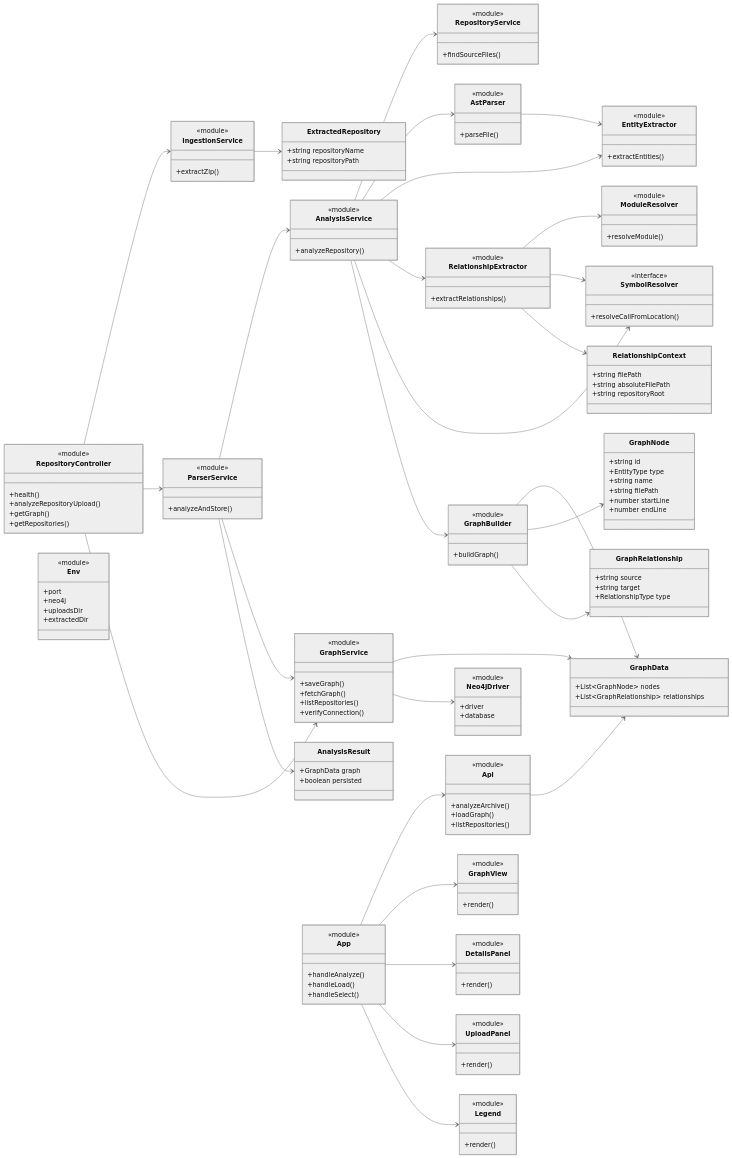
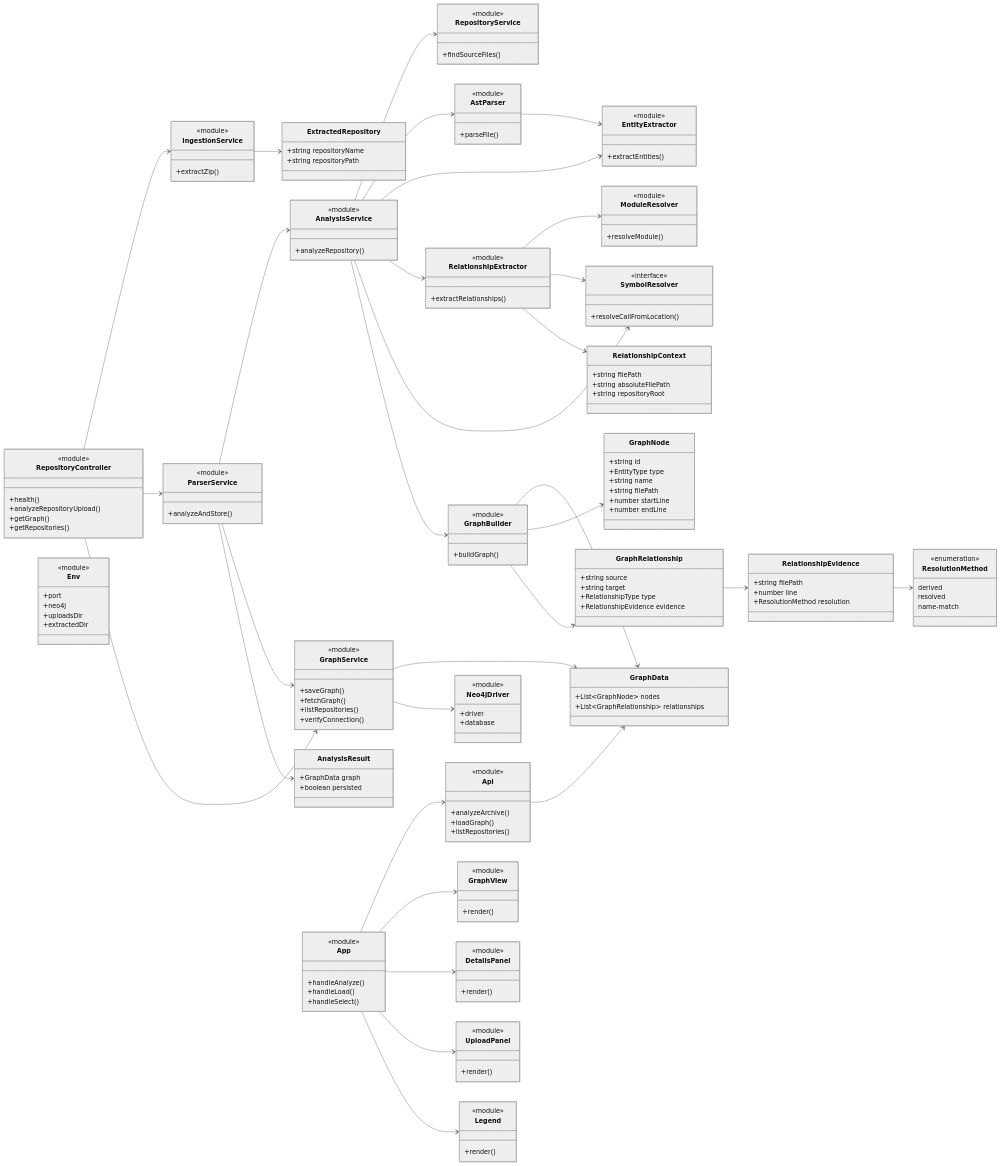
One commit to abieegit/CodeAtlas changed the first of 2 diagrams in docs/diagrams/03-class.md. Above: the diagram before and after it, drawn with Mermaid (neutral theme). The commit also changed 33 other files, not shown here.

```diff
--- a/docs/diagrams/03-class.md
+++ b/docs/diagrams/03-class.md
@@ -94,6 +94,18 @@
         +string source
         +string target
         +RelationshipType type
+        +RelationshipEvidence evidence
+    }
+    class RelationshipEvidence {
+        +string filePath
+        +number line
+        +ResolutionMethod resolution
+    }
+    class ResolutionMethod {
+        <<enumeration>>
+        derived
+        resolved
+        name-match
     }
     class GraphData {
         +List~GraphNode~ nodes
@@ -159,6 +171,8 @@
     GraphBuilder --> GraphData
     GraphBuilder --> GraphNode
     GraphBuilder --> GraphRelationship
+    GraphRelationship --> RelationshipEvidence
+    RelationshipEvidence --> ResolutionMethod
     GraphService --> GraphData
     GraphService --> Neo4jDriver
     ParserService --> AnalysisResult
```
